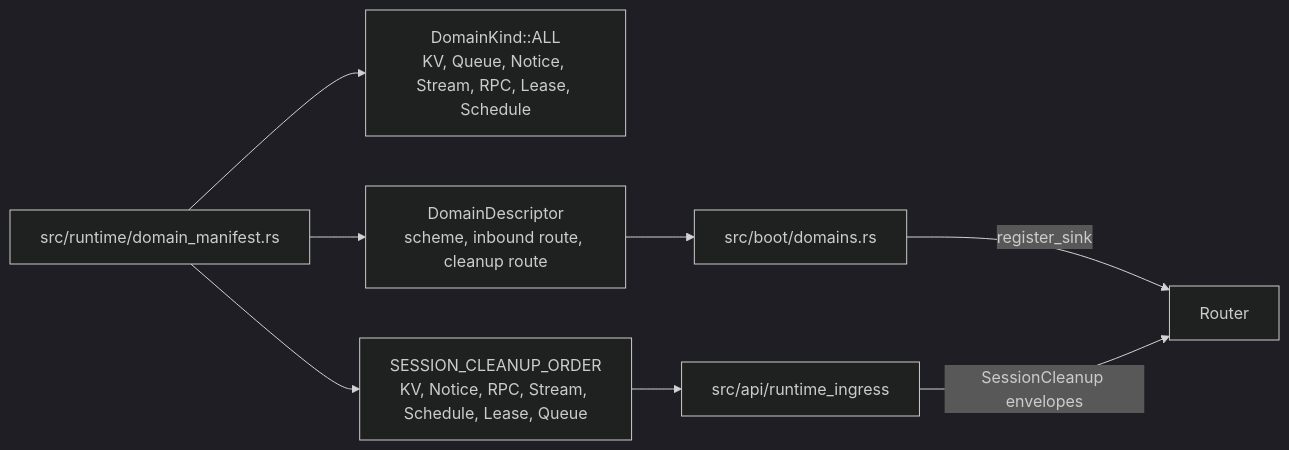
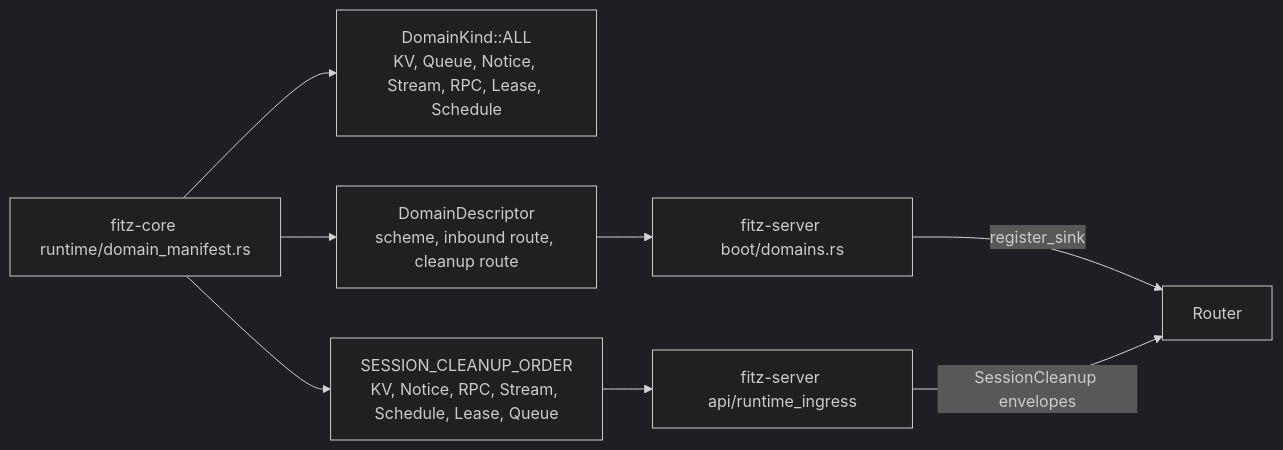
The fourth of 4 diagrams in docs/development/code-architecture-runtime-flows.md (cntryl/fitz), drawn with Mermaid (dark theme) before and after one commit. The commit also changed other lines of this file and 1793 other files, not shown here.

````diff
--- a/docs/development/code-architecture-runtime-flows.md
+++ b/docs/development/code-architecture-runtime-flows.md
@@ -103,17 +103,17 @@
 ```mermaid
 flowchart LR
-    MANIFEST["src/runtime/domain_manifest.rs"]
+    MANIFEST["fitz-core runtime/domain_manifest.rs"]
     ALL["DomainKind::ALL<br/>KV, Queue, Notice, Stream, RPC, Lease, Schedule"]
     CLEANUP["SESSION_CLEANUP_ORDER<br/>KV, Notice, RPC, Stream, Schedule, Lease, Queue"]
     DESCRIPTOR["DomainDescriptor<br/>scheme, inbound route, cleanup route"]
-    BOOT["src/boot/domains.rs"]
-    INGRESS["src/api/runtime_ingress"]
+    BOOT["fitz-server boot/domains.rs"]
+    INGRESS["fitz-server api/runtime_ingress"]
 
     MANIFEST --> ALL
     MANIFEST --> CLEANUP
     MANIFEST --> DESCRIPTOR
     DESCRIPTOR --> BOOT
     CLEANUP --> INGRESS
     BOOT -->|"register_sink"| ROUTER["Router"]
     INGRESS -->|"SessionCleanup envelopes"| ROUTER
 ```
````
